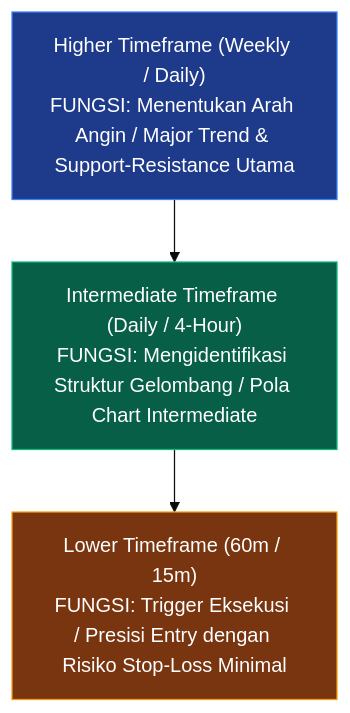
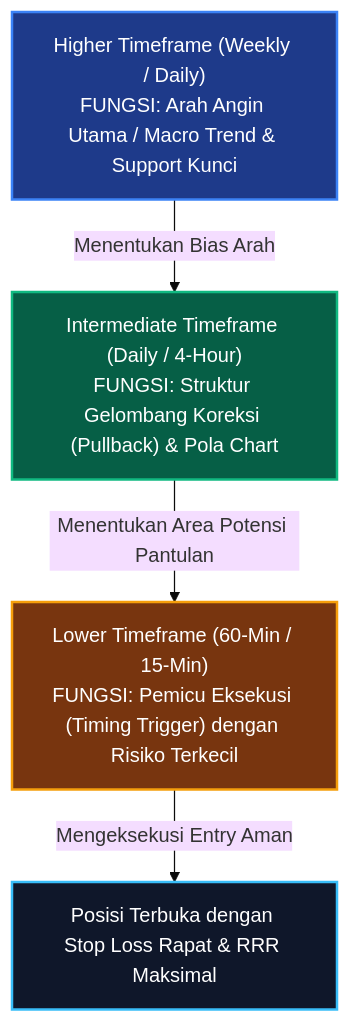
The first of 3 diagrams in docs/edianto-ong/04-parameter-waktu.md (AlulCode45/Trading-Learning-Path), drawn with Mermaid (base theme) before and after one commit. The commit also changed other lines of this file and 29 other files, not shown here.

Commit message:
docs(edianto-ong): upgrade all 29 chapters with beginner analogies, diagrams, step-by-step guides, and case studies

````diff
--- a/docs/edianto-ong/04-parameter-waktu.md
+++ b/docs/edianto-ong/04-parameter-waktu.md
@@ -57,10 +20,15 @@
 ```mermaid
 flowchart TD
-    HTF["Higher Timeframe (Weekly / Daily)<br/>FUNGSI: Menentukan Arah Angin / Major Trend & Support-Resistance Utama"]
-    HTF --> MTF["Intermediate Timeframe (Daily / 4-Hour)<br/>FUNGSI: Mengidentifikasi Struktur Gelombang / Pola Chart Intermediate"]
-    MTF --> LTF["Lower Timeframe (60m / 15m)<br/>FUNGSI: Trigger Eksekusi / Presisi Entry dengan Risiko Stop-Loss Minimal"]
+    HTF["Higher Timeframe (Weekly / Daily)<br/>FUNGSI: Arah Angin Utama / Macro Trend & Support Kunci"]
+    ITF["Intermediate Timeframe (Daily / 4-Hour)<br/>FUNGSI: Struktur Gelombang Koreksi (Pullback) & Pola Chart"]
+    LTF["Lower Timeframe (60-Min / 15-Min)<br/>FUNGSI: Pemicu Eksekusi (Timing Trigger) dengan Risiko Terkecil"]
 
-    style HTF fill:#1e3a8a,stroke:#3b82f6,color:#ffffff
-    style MTF fill:#065f46,stroke:#10b981,color:#ffffff
-    style LTF fill:#78350f,stroke:#f59e0b,color:#ffffff
+    HTF -->|Menentukan Bias Arah| ITF
+    ITF -->|Menentukan Area Potensi Pantulan| LTF
+    LTF -->|Mengeksekusi Entry Aman| Execution["Posisi Terbuka dengan Stop Loss Rapat & RRR Maksimal"]
+
+    style HTF fill:#1e3a8a,stroke:#3b82f6,stroke-width:2px,color:#ffffff
+    style ITF fill:#065f46,stroke:#10b981,stroke-width:2px,color:#ffffff
+    style LTF fill:#78350f,stroke:#f59e0b,stroke-width:2px,color:#ffffff
+    style Execution fill:#0f172a,stroke:#38bdf8,stroke-width:2px,color:#ffffff
 ```
````
